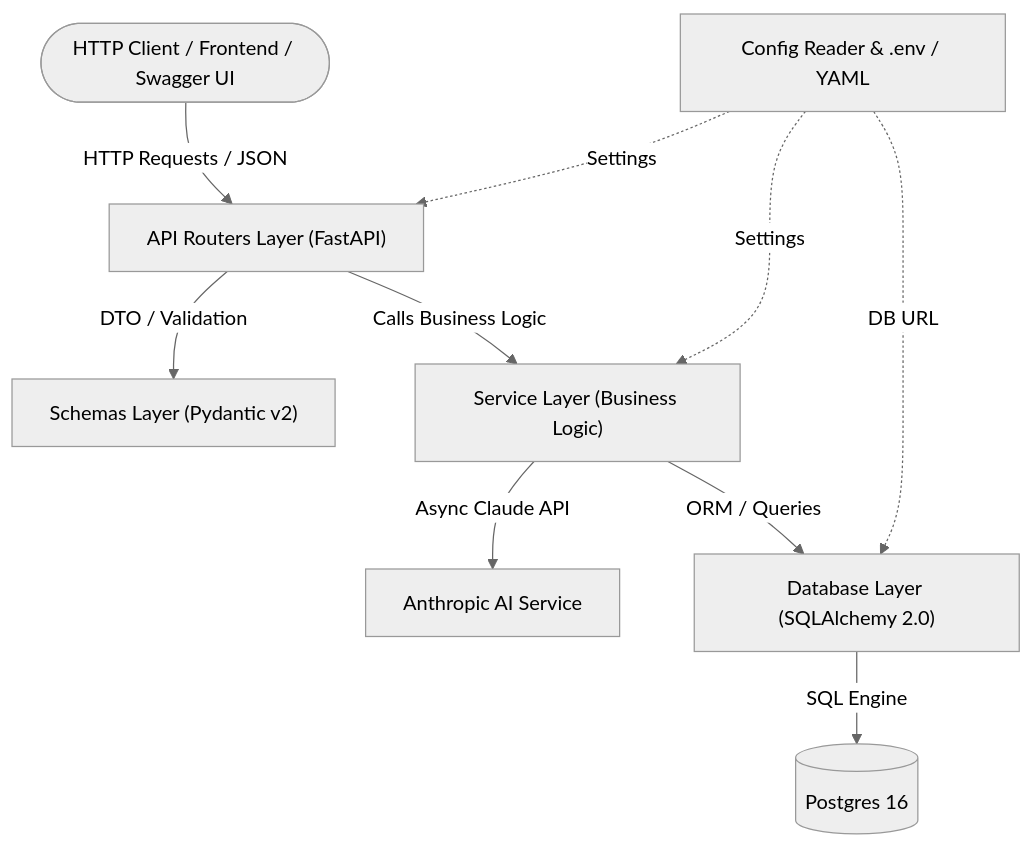
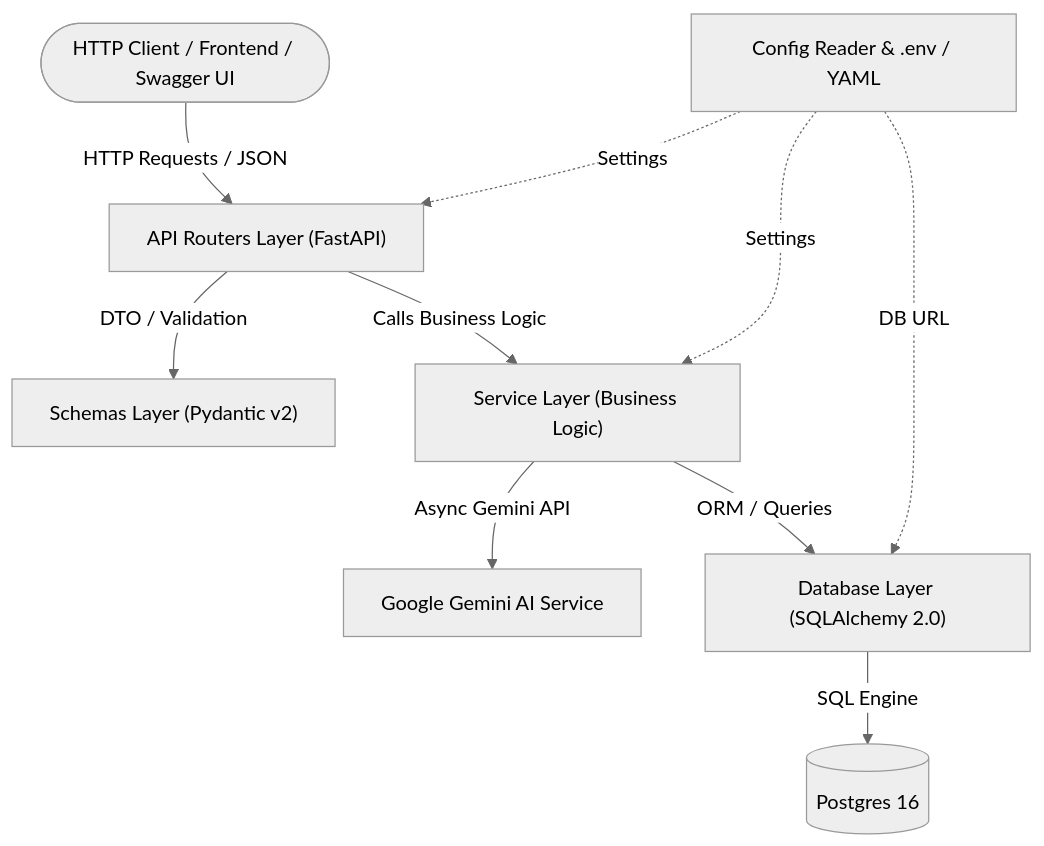
One commit to jbronxxx/getbalanceai_api changed the first of 2 diagrams in ARCHITECTURE.md. Above: the diagram before and after it, drawn with Mermaid (neutral theme). The commit also changed other lines of this file and 11 other files, not shown here.

````diff
--- a/ARCHITECTURE.md
+++ b/ARCHITECTURE.md
@@ -31,12 +31,12 @@
 ```mermaid
 flowchart TD
     Client(["HTTP Client / Frontend / Swagger UI"]) -->|HTTP Requests / JSON| Routers["API Routers Layer (FastAPI)"]
     Routers -->|DTO / Validation| Schemas["Schemas Layer (Pydantic v2)"]
     Routers -->|Calls Business Logic| Services["Service Layer (Business Logic)"]
-    Services -->|Async Claude API| ExternalAI["Anthropic AI Service"]
+    Services -->|Async Gemini API| ExternalAI["Google Gemini AI Service"]
     Services -->|ORM / Queries| Database["Database Layer (SQLAlchemy 2.0)"]
     Database -->|SQL Engine| DB[("Postgres 16")]
     Config["Config Reader & .env / YAML"] -.->|Settings| Routers
     Config -.->|Settings| Services
     Config -.->|DB URL| Database
 ```
````
